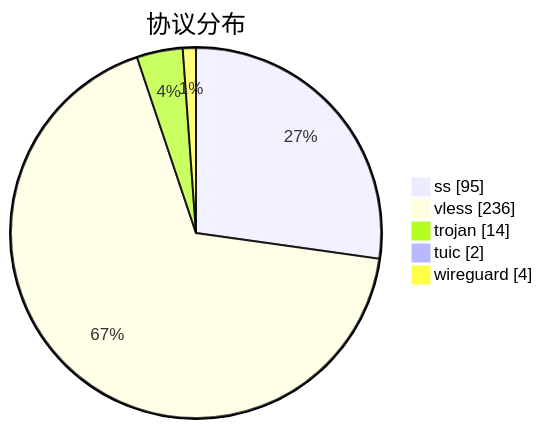
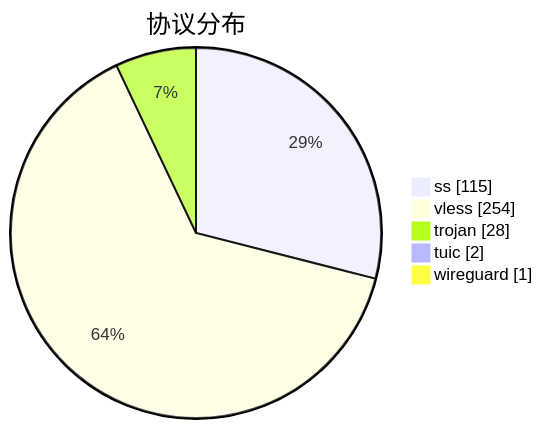
The third of 3 diagrams in subs/statistics/tested_within.md (qjlxg/airport), drawn with Mermaid before and after one commit. The commit also changed other lines of this file and 2 other files, not shown here.

````diff
--- a/subs/statistics/tested_within.md
+++ b/subs/statistics/tested_within.md
@@ -27,9 +29,9 @@
 ```mermaid
 pie showData
 title 协议分布
-"ss" : 95
-"vless" : 236
-"trojan" : 14
+"ss" : 115
+"vless" : 254
+"trojan" : 28
 "tuic" : 2
-"wireguard" : 4
+"wireguard" : 1
 ```
````
